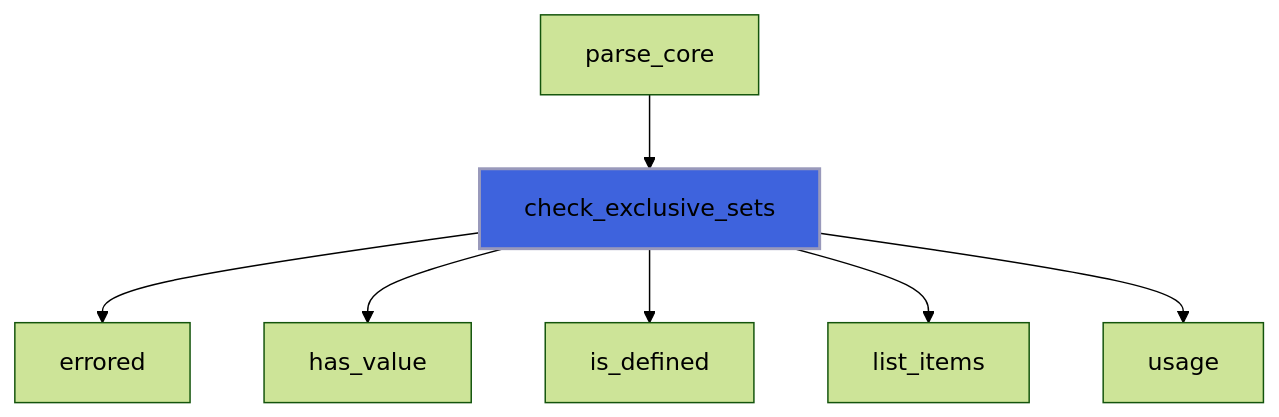
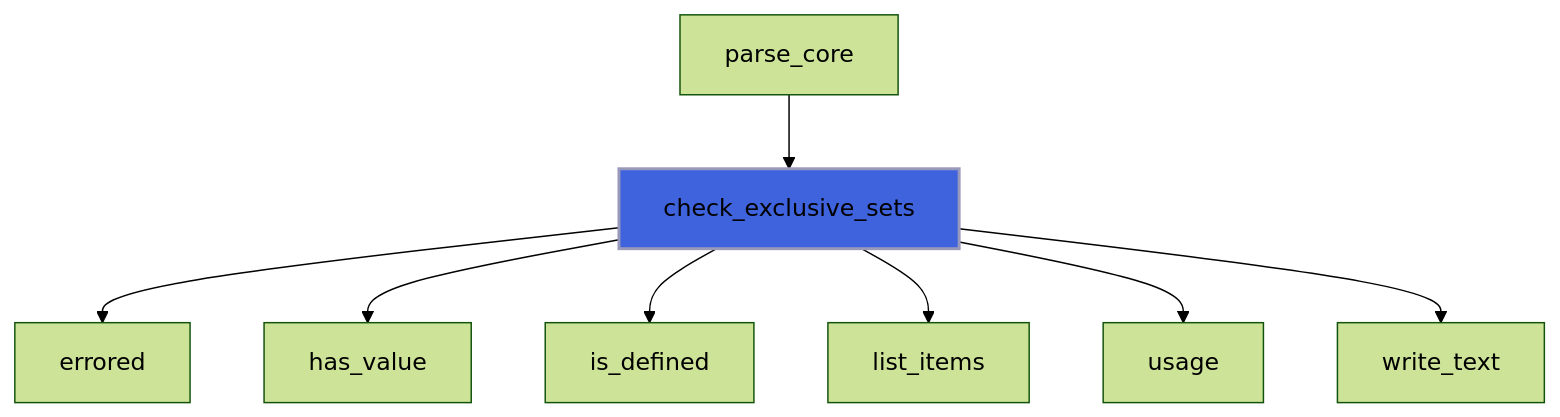
The eighth of 28 diagrams in docs/api/src/lib/flap_command_line_arguments_group_t.md (szaghi/FLAP), drawn with Mermaid (forest theme) before and after one commit. The commit also changed other lines of this file and 7 other files, not shown here.

````diff
--- a/docs/api/src/lib/flap_command_line_arguments_group_t.md
+++ b/docs/api/src/lib/flap_command_line_arguments_group_t.md
@@ -345,10 +346,11 @@
 ```mermaid
 flowchart TD
   parse_core["parse_core"] --> check_exclusive_sets["check_exclusive_sets"]
   check_exclusive_sets["check_exclusive_sets"] --> errored["errored"]
   check_exclusive_sets["check_exclusive_sets"] --> has_value["has_value"]
   check_exclusive_sets["check_exclusive_sets"] --> is_defined["is_defined"]
   check_exclusive_sets["check_exclusive_sets"] --> list_items["list_items"]
   check_exclusive_sets["check_exclusive_sets"] --> usage["usage"]
+  check_exclusive_sets["check_exclusive_sets"] --> write_text["write_text"]
   style check_exclusive_sets fill:#3e63dd,stroke:#99b,stroke-width:2px
 ```
````
